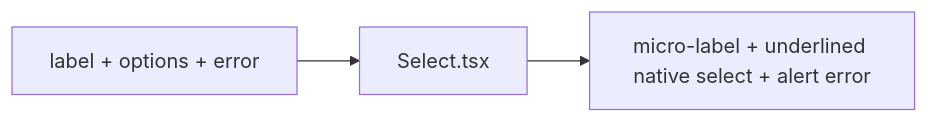
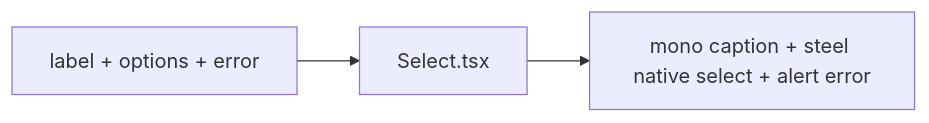
One commit to AzamatRaimbekov2/openCreate changed the diagram in apps/web/src/shared/ui/Select.tsx.md. Above: the diagram before and after it, drawn with Mermaid. The commit also changed other lines of this file and 99 other files, not shown here.

````diff
--- a/apps/web/src/shared/ui/Select.tsx.md
+++ b/apps/web/src/shared/ui/Select.tsx.md
@@ -19,4 +19,4 @@
 ```mermaid
 flowchart LR
-  OPTS[label + options + error] --> S[Select.tsx] --> OUT[micro-label + underlined native select + alert error]
+  OPTS[label + options + error] --> S[Select.tsx] --> OUT[mono caption + steel native select + alert error]
 ```
````
